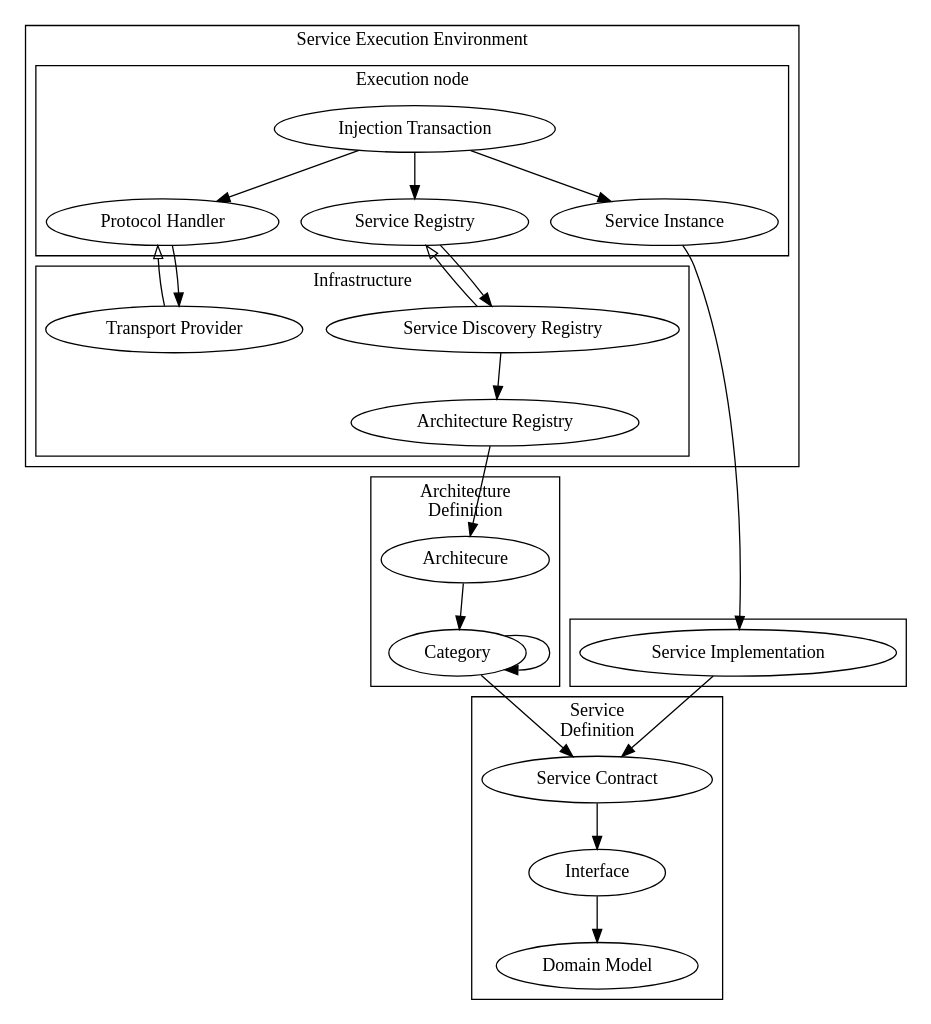
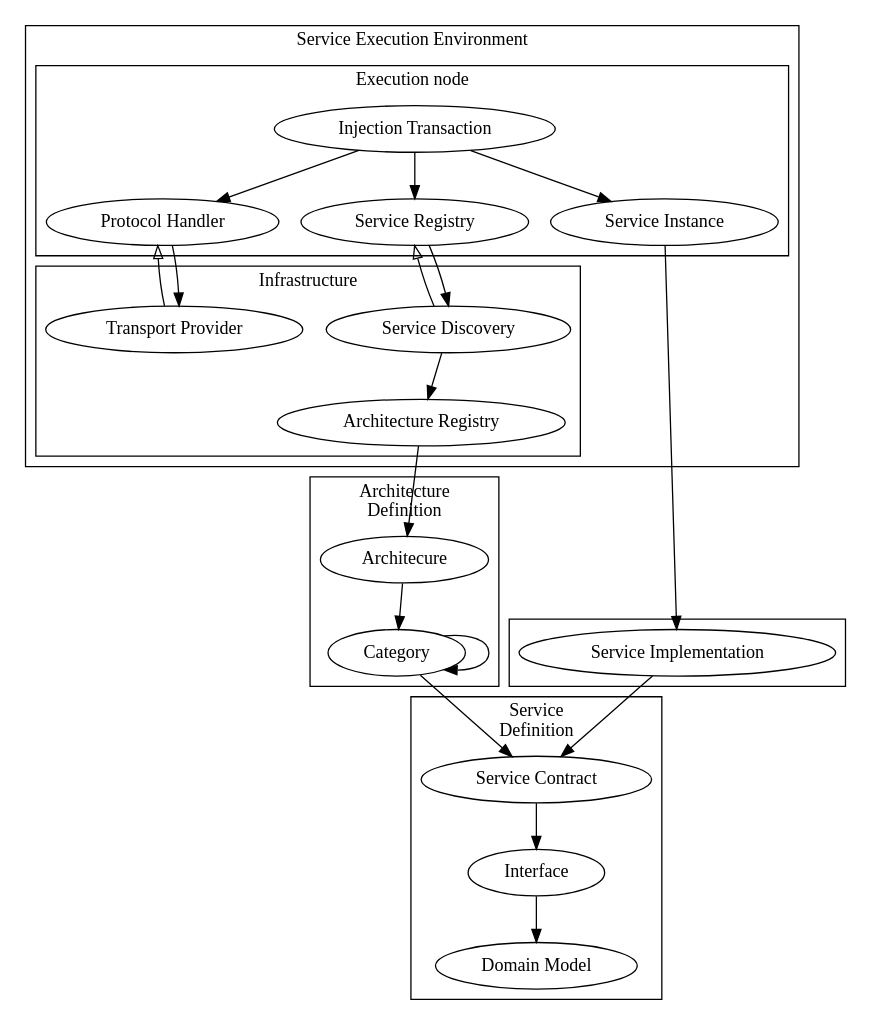
Before and after one commit to JohnnyZhang917/Service-Architecture-Model: the diagram in documentation/graph/see.dot, drawn with Graphviz. The commit also changed 45 other files, not shown here.

```diff
--- a/documentation/graph/see.dot
+++ b/documentation/graph/see.dot
@@ -1,61 +1,61 @@
 digraph see {
 subgraph clusterSEE {
 	label = "Service Execution Environment";
 	subgraph clusterSEENode {
 		label = "Execution node";
 		SI [label="Service Instance"];
 		PH [label="Protocol Handler"];
 		IT [label="Injection Transaction"];
 		SIrec [label="Service Registry"];
 	}
 	subgraph clusterInfrastructure {
 		label = "Infrastructure";
 		AR [label="Architecture Registry"];
-		SDR [label="Service Discovery Registry"];
+		SD [label="Service Discovery"];
 		TP [label="Transport Provider"];
 	}
 }
 
 
 subgraph clusterServiceDefinition {
 	label = "Service\nDefinition";
 	SC [label="Service Contract"];
 	I [label="Interface"];
 	DM [label="Domain Model"];
 }
 subgraph clusterArchitectureDefinition {
 	label = "Architecture\nDefinition";
 	A [label="Architecure"];
 	C [label="Category"];
 }
 subgraph clusterServiceInstance {
 	SImpl [label="Service Implementation"];
 }
 
 
 SImpl -> SC;
 A -> C;
 C -> C;
 C -> SC;
 AR -> A;
 SC -> I;
 I -> DM;
 SI -> SImpl;
 
 
 
 IT -> SIrec;
 IT -> SI;
 IT -> PH;
 #PH -> IT [arrowhead="onormal"];
 #IT -> PH [arrowhead="onormal"];
 #PH -> IT;
 
 PH -> TP;
 
-SIrec -> SDR;
-SDR -> SIrec [arrowhead="onormal"];
+SIrec -> SD;
+SD -> SIrec [arrowhead="onormal"];
 TP -> PH [arrowhead="onormal"];
-SDR -> AR;
+SD -> AR;
 
 }
```
